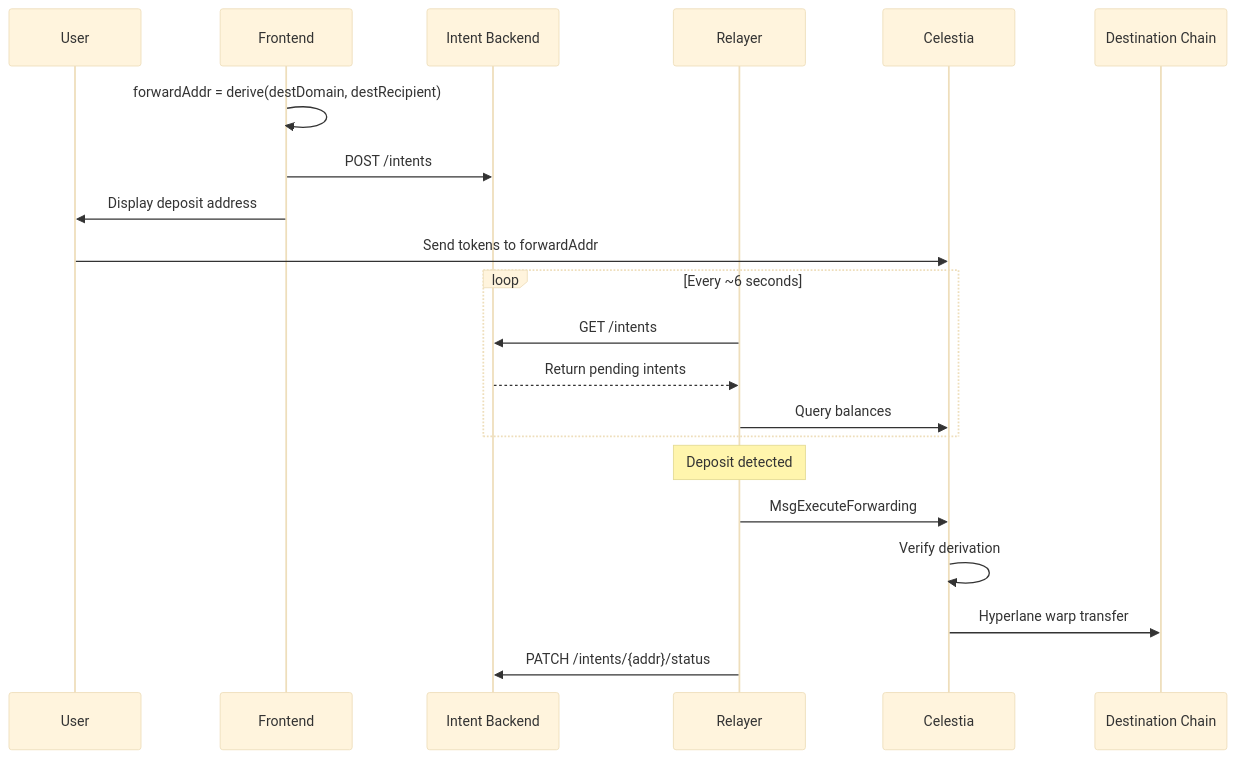
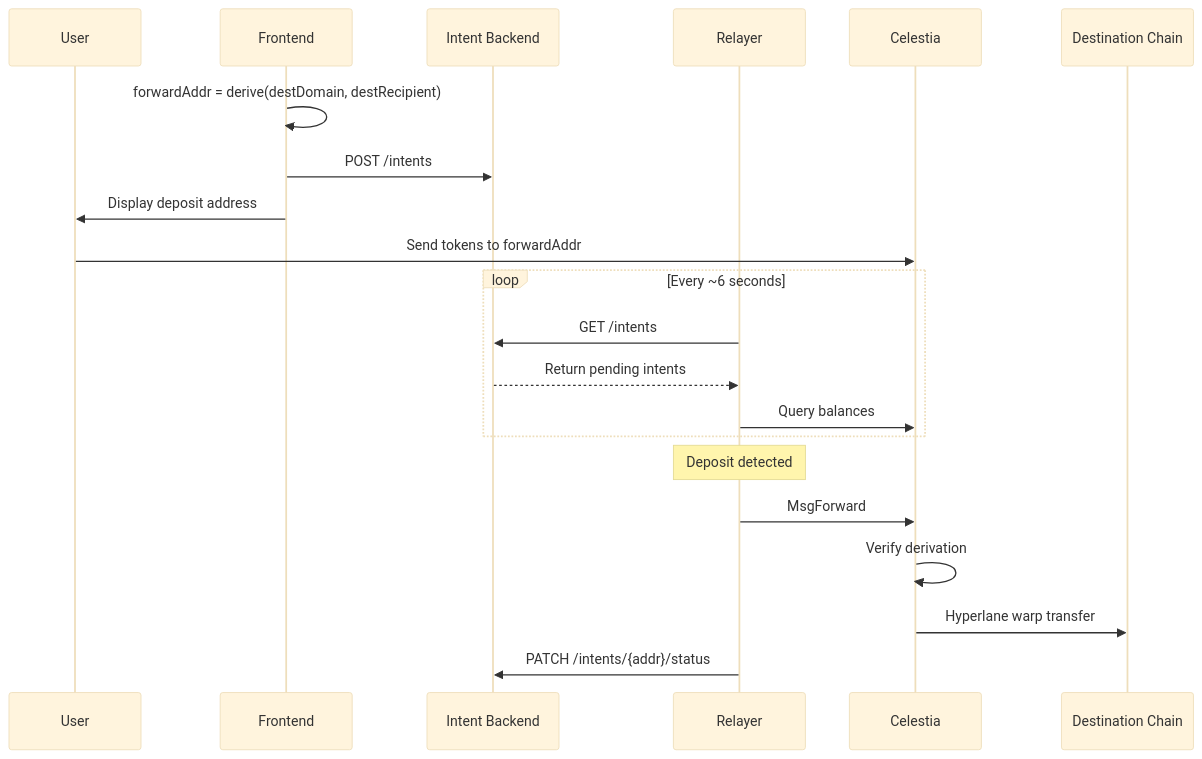
One commit to celestiaorg/celestia-app changed the diagram in x/forwarding/RELAYER.md. Above: the diagram before and after it, drawn with Mermaid (base theme). The commit also changed other lines of this file and 15 other files, not shown here.

First line of the commit message:
feat(forwarding): add relayer-paid IGP fees

````diff
--- a/x/forwarding/RELAYER.md
+++ b/x/forwarding/RELAYER.md
@@ -26,26 +26,26 @@
 ```mermaid
 sequenceDiagram
     participant User
     participant Frontend
     participant Backend as Intent Backend
     participant Relayer
     participant Celestia
     participant Dest as Destination Chain
 
     Frontend->>Frontend: forwardAddr = derive(destDomain, destRecipient)
     Frontend->>Backend: POST /intents
     Frontend->>User: Display deposit address
     User->>Celestia: Send tokens to forwardAddr
 
     loop Every ~6 seconds
         Relayer->>Backend: GET /intents
         Backend-->>Relayer: Return pending intents
         Relayer->>Celestia: Query balances
     end
 
     Note over Relayer: Deposit detected
-    Relayer->>Celestia: MsgExecuteForwarding
+    Relayer->>Celestia: MsgForward
     Celestia->>Celestia: Verify derivation
     Celestia->>Dest: Hyperlane warp transfer
     Relayer->>Backend: PATCH /intents/{addr}/status
 ```
````
